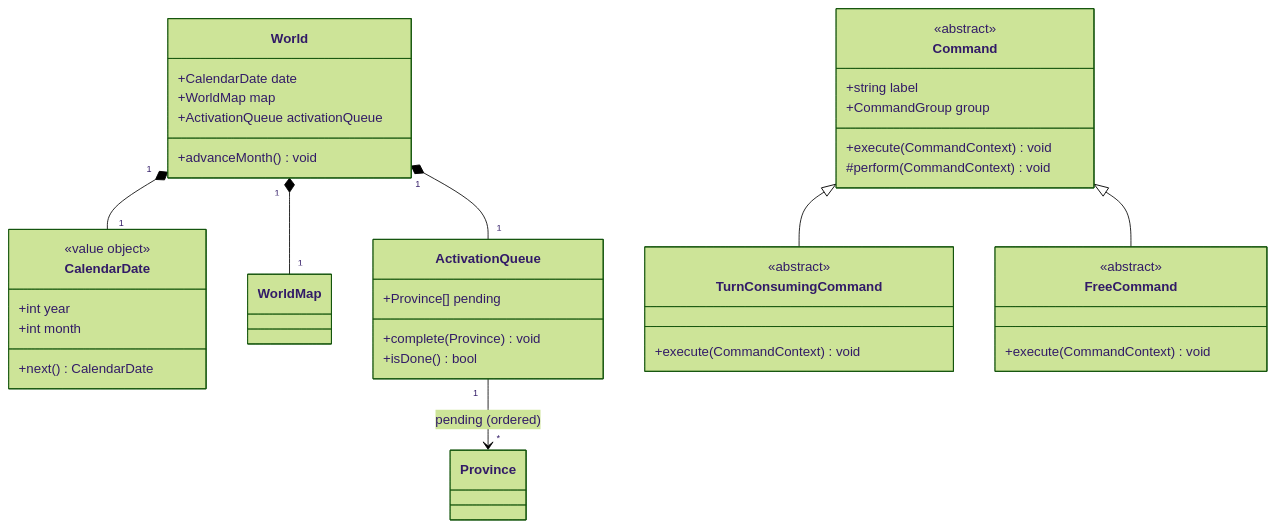
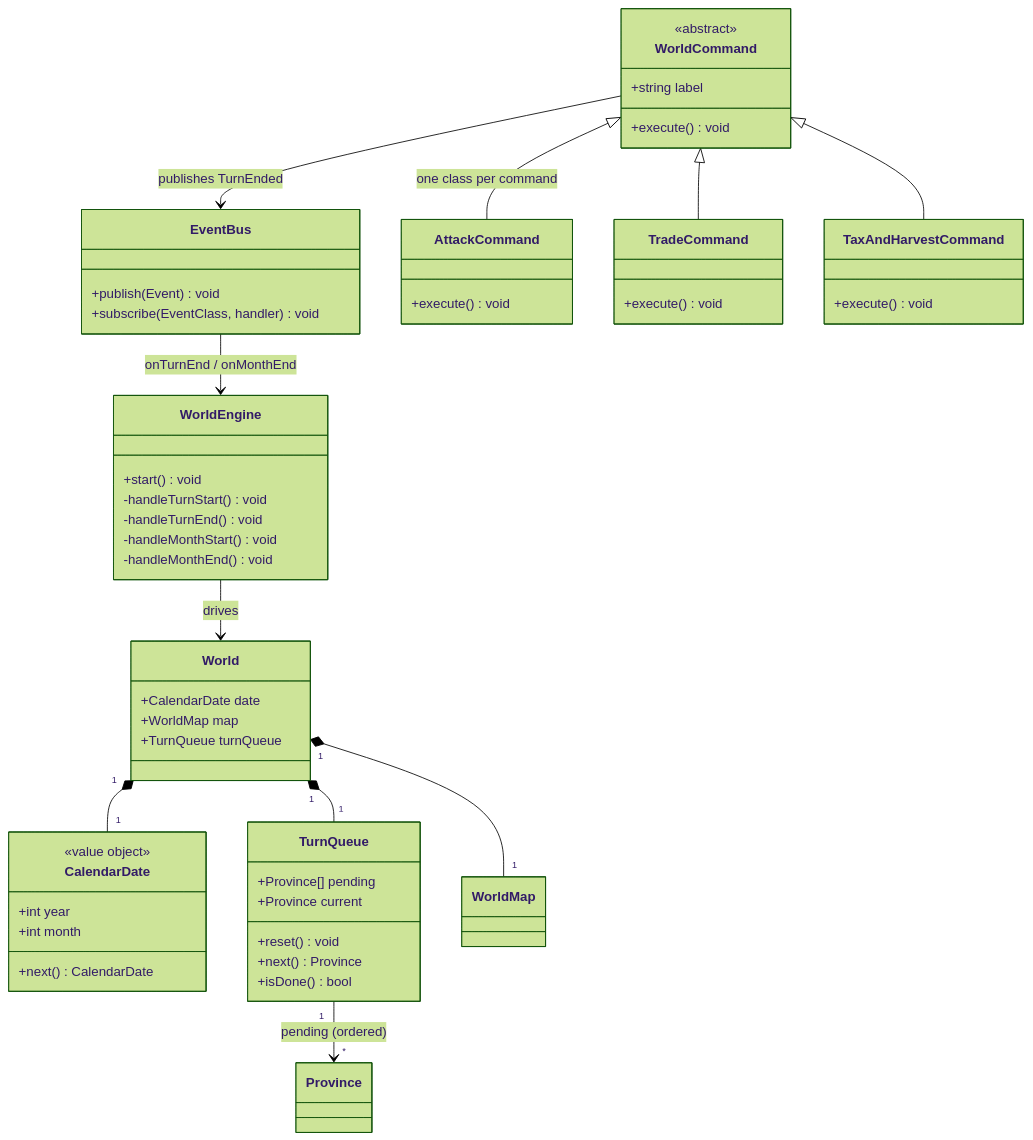
The second of 3 diagrams in gemfire/docs/design/02-the-monthly-turn.md (pslotinsky/kunstkamera), drawn with Mermaid (forest theme) before and after one commit. The commit also changed other lines of this file and 58 other files, not shown here.

````diff
--- a/gemfire/docs/design/02-the-monthly-turn.md
+++ b/gemfire/docs/design/02-the-monthly-turn.md
@@ -75,41 +75,56 @@
 ```mermaid
 classDiagram
   class World {
     +CalendarDate date
     +WorldMap map
-    +ActivationQueue activationQueue
-    +advanceMonth() void
+    +TurnQueue turnQueue
+  }
+  class WorldEngine {
+    +start() void
+    -handleTurnStart() void
+    -handleTurnEnd() void
+    -handleMonthStart() void
+    -handleMonthEnd() void
+  }
+  class EventBus {
+    +publish(Event) void
+    +subscribe(EventClass, handler) void
   }
   class CalendarDate {
     <<value object>>
     +int year
     +int month
     +next() CalendarDate
   }
-  class ActivationQueue {
+  class TurnQueue {
+    +reset() void
     +Province[] pending
-    +complete(Province) void
+    +Province current
+    +next() Province
     +isDone() bool
   }
-  class Command {
+  class WorldCommand {
     <<abstract>>
     +string label
-    +CommandGroup group
-    +execute(CommandContext) void
-    #perform(CommandContext) void
+    +execute() void
   }
-  class TurnConsumingCommand {
-    <<abstract>>
-    +execute(CommandContext) void
+  class AttackCommand {
+    +execute() void
   }
-  class FreeCommand {
-    <<abstract>>
-    +execute(CommandContext) void
+  class TradeCommand {
+    +execute() void
   }
+  class TaxAndHarvestCommand {
+    +execute() void
+  }
+  WorldEngine --> World : drives
+  WorldCommand --> EventBus : publishes TurnEnded
+  EventBus --> WorldEngine : onTurnEnd / onMonthEnd
   World "1" *-- "1" CalendarDate
   World "1" *-- "1" WorldMap
-  World "1" *-- "1" ActivationQueue
-  ActivationQueue "1" --> "*" Province : pending (ordered)
-  Command <|-- TurnConsumingCommand
-  Command <|-- FreeCommand
+  World "1" *-- "1" TurnQueue
+  TurnQueue "1" --> "*" Province : pending (ordered)
+  WorldCommand <|-- AttackCommand : one class per command
+  WorldCommand <|-- TradeCommand
+  WorldCommand <|-- TaxAndHarvestCommand
 ```
````
